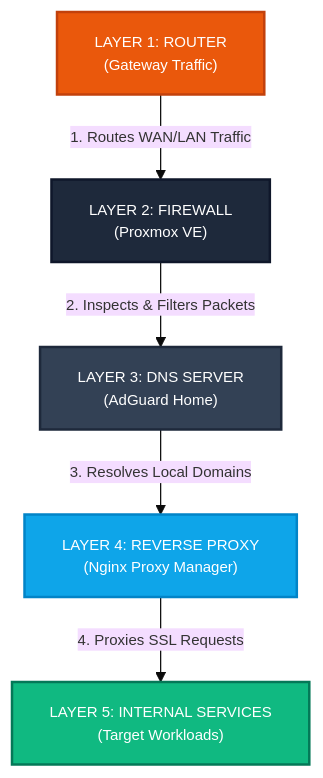
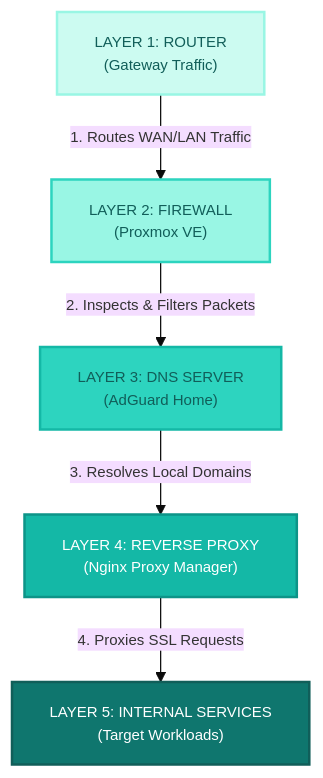
Before and after one commit to InfraRaven99/Homelab-Infrastructure: the second of 2 diagrams in README.md, drawn with Mermaid. The commit also changed other lines of this file, not shown here.

Commit message:
Change color definitions in Mermaid diagrams
Updated color definitions for Mermaid diagrams in README.md.

````diff
--- a/README.md
+++ b/README.md
@@ -61,20 +62,21 @@
 ```mermaid
 %%{init: { 'theme': 'base', 'themeVariables': { 'fontSize': '12px', 'fontFamily': 'sans-serif' }}}%%
 graph TD
-    classDef L1 fill:#ea580c,stroke:#c2410c,stroke-width:2px,color:#fff;
-    classDef L2 fill:#1e293b,stroke:#0f172a,stroke-width:2px,color:#fff;
-    classDef L3 fill:#334155,stroke:#1e293b,stroke-width:2px,color:#fff;
-    classDef L4 fill:#0ea5e9,stroke:#0284c7,stroke-width:2px,color:#fff;
-    classDef L5 fill:#10b981,stroke:#047857,stroke-width:2px,color:#fff;
+    classDef L1 fill:#ccfbf1,stroke:#99f6e4,stroke-width:2px,color:#115e59;
+    classDef L2 fill:#99f6e4,stroke:#2dd4bf,stroke-width:2px,color:#115e59;
+    classDef L3 fill:#2dd4bf,stroke:#14b8a6,stroke-width:2px,color:#115e59;
+    classDef L4 fill:#14b8a6,stroke:#0d9488,stroke-width:2px,color:#fff;
+    classDef L5 fill:#0f766e,stroke:#115e59,stroke-width:2px,color:#fff;
 
     RTR["LAYER 1: ROUTER<br>(Gateway Traffic)"]:::L1
     FW["LAYER 2: FIREWALL<br>(Proxmox VE)"]:::L2
     DNS["LAYER 3: DNS SERVER<br>(AdGuard Home)"]:::L3
     RPX["LAYER 4: REVERSE PROXY<br>(Nginx Proxy Manager)"]:::L4
     SVC["LAYER 5: INTERNAL SERVICES<br>(Target Workloads)"]:::L5
 
     RTR -->|"1. Routes WAN/LAN Traffic"| FW
     FW -->|"2. Inspects & Filters Packets"| DNS
     DNS -->|"3. Resolves Local Domains"| RPX
     RPX -->|"4. Proxies SSL Requests"| SVC
+
 ```
````
